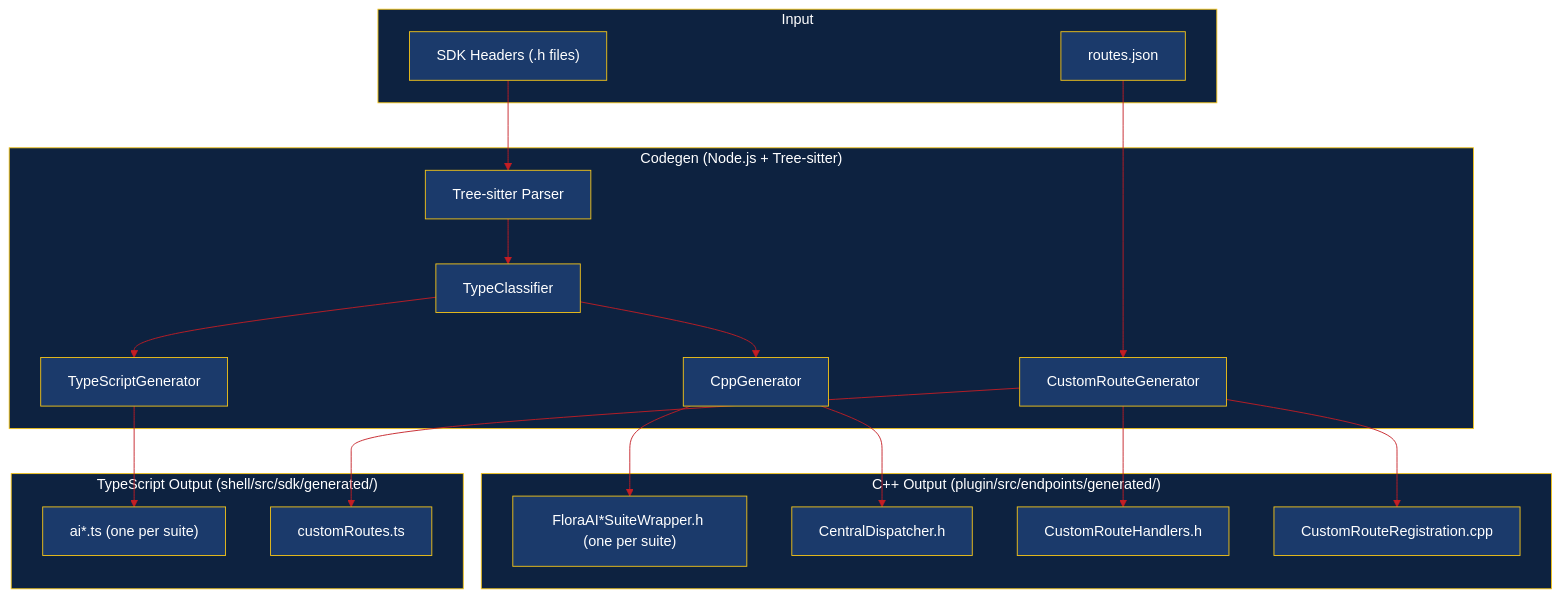
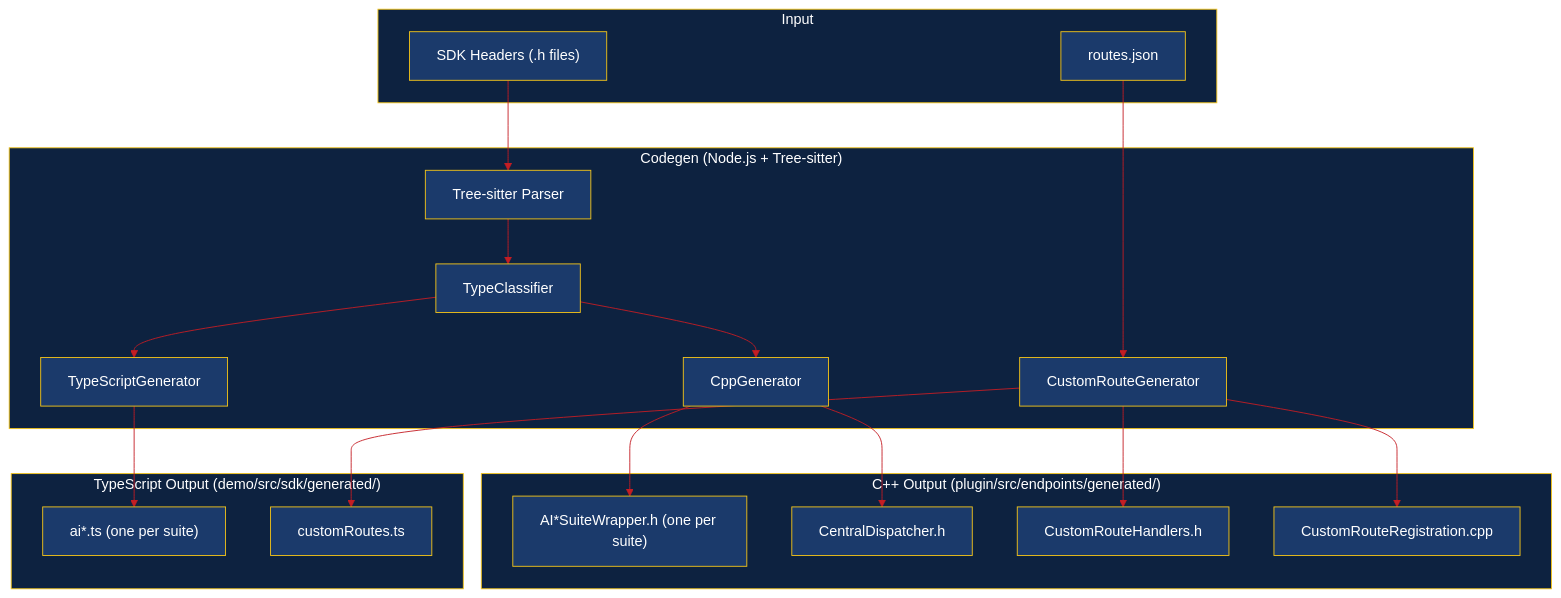
One commit to ByteBard97/nuxp changed the fourth of 5 diagrams in docs/ARCHITECTURE.md. Above: the diagram before and after it, drawn with Mermaid. The commit also changed other lines of this file and 237 other files, not shown here.

First line of the commit message:
refactor: rename shell/ to demo/, extract SDK package, and rewire imports

````diff
--- a/docs/ARCHITECTURE.md
+++ b/docs/ARCHITECTURE.md
@@ -216,52 +275,52 @@
 ```mermaid
 %%{init: {'theme': 'base', 'themeVariables': {
   'primaryColor': '#1B3A6B',
   'primaryTextColor': '#FFFFFF',
   'primaryBorderColor': '#F5C518',
   'lineColor': '#C41E24',
   'secondaryColor': '#F5C518',
   'tertiaryColor': '#2A5298',
   'tertiaryTextColor': '#FFFFFF',
   'clusterBkg': '#0D2240',
   'clusterBorder': '#F5C518',
   'clusterTextColor': '#F5C518'
 }}}%%
 flowchart TB
     subgraph Input [" Input "]
         SDK["SDK Headers (.h files)"]
         Routes["routes.json"]
     end
 
     subgraph Codegen [" Codegen (Node.js + Tree-sitter) "]
         Parser["Tree-sitter Parser"]
         TC["TypeClassifier"]
         CppGen["CppGenerator"]
         TsGen["TypeScriptGenerator"]
         CRGen["CustomRouteGenerator"]
     end
 
     subgraph Output_CPP [" C++ Output (plugin/src/endpoints/generated/) "]
-        Wrappers["FloraAI*SuiteWrapper.h (one per suite)"]
+        Wrappers["AI*SuiteWrapper.h (one per suite)"]
         Central["CentralDispatcher.h"]
         CRHandlers["CustomRouteHandlers.h"]
         CRReg["CustomRouteRegistration.cpp"]
     end
 
-    subgraph Output_TS [" TypeScript Output (shell/src/sdk/generated/) "]
+    subgraph Output_TS [" TypeScript Output (demo/src/sdk/generated/) "]
         TsClients["ai*.ts (one per suite)"]
         TsCustom["customRoutes.ts"]
     end
 
     SDK --> Parser
     Parser --> TC
     TC --> CppGen
     TC --> TsGen
     CppGen --> Wrappers
     CppGen --> Central
     TsGen --> TsClients
 
     Routes --> CRGen
     CRGen --> CRHandlers
     CRGen --> CRReg
     CRGen --> TsCustom
 ```
````
